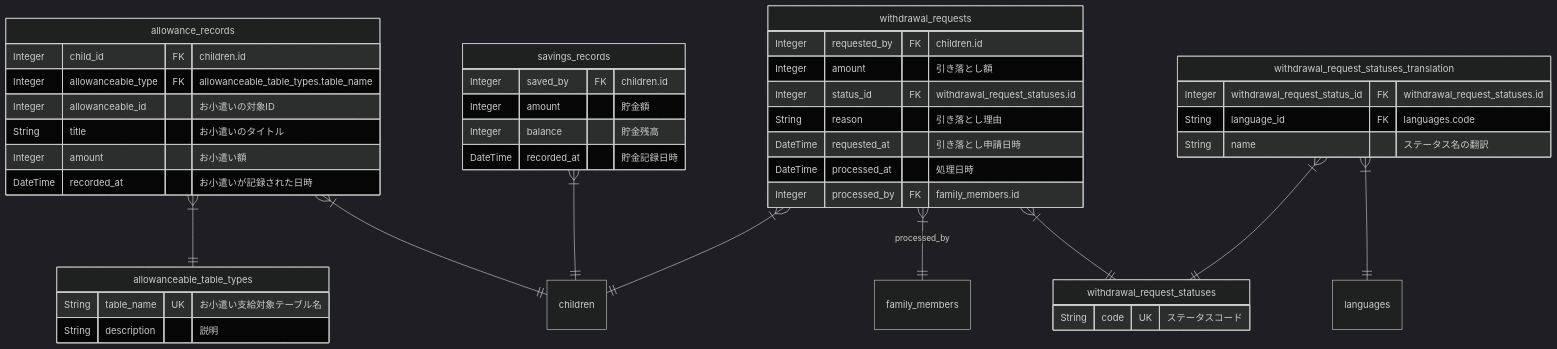
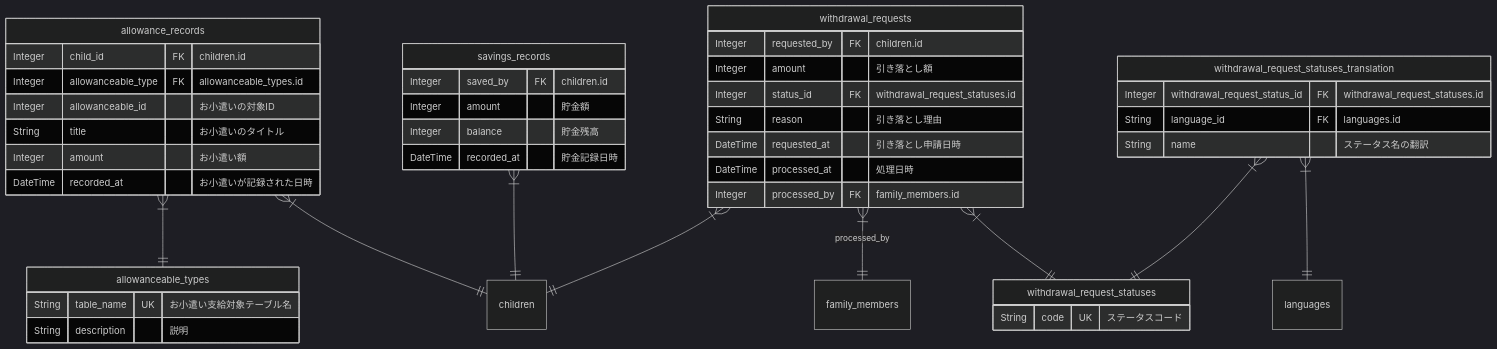
Before and after one commit to shuhei1101/allowance-questboard: the eighth of 17 diagrams in apps/api/docs/ja/uml/erd.md, drawn with Mermaid (dark theme). The commit also changed other lines of this file and 20 other files, not shown here.

````diff
--- a/apps/api/docs/ja/uml/erd.md
+++ b/apps/api/docs/ja/uml/erd.md
@@ -226,54 +226,54 @@
 ```mermaid
 %% bank
 erDiagram
     allowance_records {
         Integer child_id FK "children.id"
-        Integer allowanceable_type FK "allowanceable_table_types.table_name"
+        Integer allowanceable_type FK "allowanceable_types.id"
         Integer allowanceable_id "お小遣いの対象ID"
         String title "お小遣いのタイトル"
         Integer amount "お小遣い額"
         DateTime recorded_at "お小遣いが記録された日時"
     }
 
-    allowanceable_table_types {
+    allowanceable_types {
         String table_name UK "お小遣い支給対象テーブル名"
         String description "説明"
     }
 
     savings_records {
         Integer saved_by FK "children.id"
         Integer amount "貯金額"
         Integer balance "貯金残高"
         DateTime recorded_at "貯金記録日時"
     }
 
     withdrawal_requests {
         Integer requested_by FK "children.id"
         Integer amount "引き落とし額"
         Integer status_id FK "withdrawal_request_statuses.id"
         String reason "引き落とし理由"
         DateTime requested_at "引き落とし申請日時"
         DateTime processed_at "処理日時"
         Integer processed_by FK "family_members.id"
     }
 
     withdrawal_request_statuses {
         String code UK "ステータスコード"
     }
 
     withdrawal_request_statuses_translation {
         Integer withdrawal_request_status_id FK "withdrawal_request_statuses.id"
-        String language_id FK "languages.code"
+        String language_id FK "languages.id"
         String name "ステータス名の翻訳"
     }
 
     %% Relationships
     allowance_records }|--|| children: ""
-    allowance_records }|--|| allowanceable_table_types: ""
+    allowance_records }|--|| allowanceable_types: ""
     savings_records }|--|| children: ""
     withdrawal_requests }|--|| children: ""
     withdrawal_requests }|--|| withdrawal_request_statuses: ""
     withdrawal_requests }|--|| family_members: "processed_by"
     withdrawal_request_statuses_translation }|--|| withdrawal_request_statuses: ""
     withdrawal_request_statuses_translation }|--|| languages: ""
 ```
````
